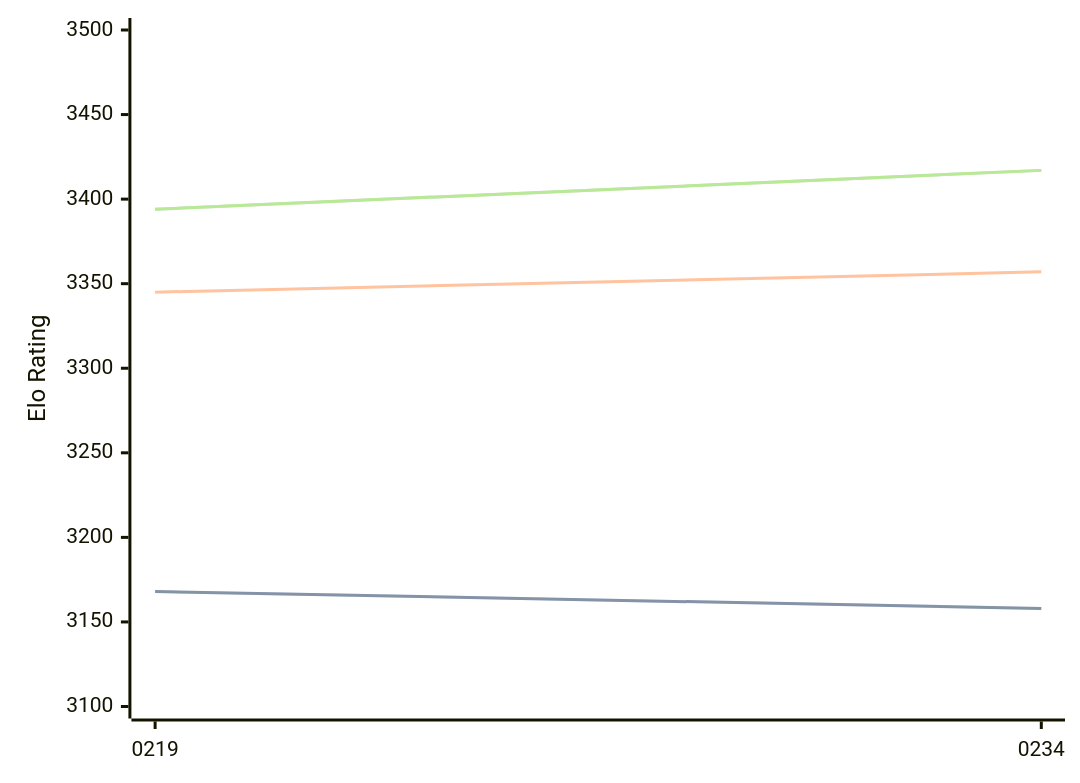
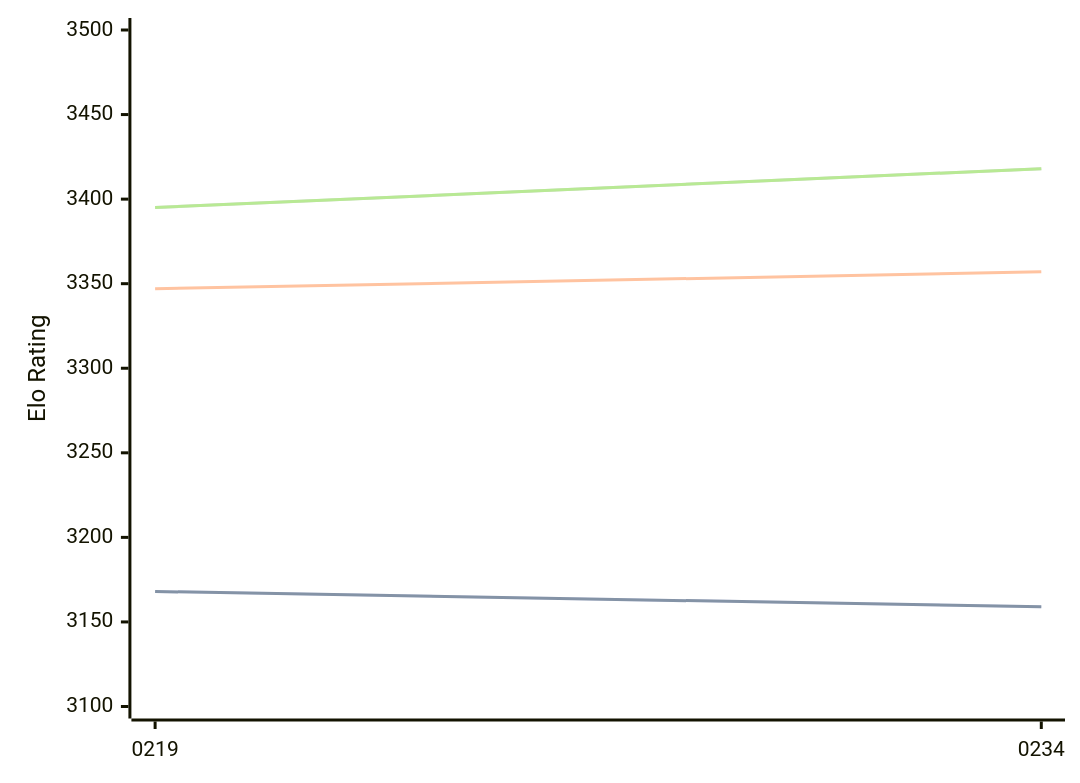
Before and after one commit to computer-chess-index/cci: the diagram in engines/Ynode.md, drawn with Mermaid. The commit also changed other lines of this file, not shown here.

Commit message:
Update CCI Ratings (ELO VLTC) - 2026-04-07

````diff
--- a/engines/Ynode.md
+++ b/engines/Ynode.md
@@ -39,11 +39,11 @@
 ```mermaid
 %%{init: {"theme":"base","themeVariables":{"seriesColors:['#a3a3a3','#222221','#faa371']}}}%%
 xychart-beta
   x-axis ["0219", "0234"]
   y-axis "Elo Rating" 3100 --> 3500
-  line "STC (8.0+0.08s)" [3168, 3158]
-  line "STC (8.0+0.08s)" [3168, 3158]
-  line "LTC (60.0+0.60s)" [3345, 3357]
-  line "VLTC (2m24s+1.12s)" [3394, 3417]
-  line "VLTC (2m24s+1.12s)" [3394, 3417]
+  line "STC (8.0+0.08s)" [3168, 3159]
+  line "STC (8.0+0.08s)" [3168, 3159]
+  line "LTC (60.0+0.60s)" [3347, 3357]
+  line "VLTC (2m24s+1.12s)" [3395, 3418]
+  line "VLTC (2m24s+1.12s)" [3395, 3418]
 ```
````
